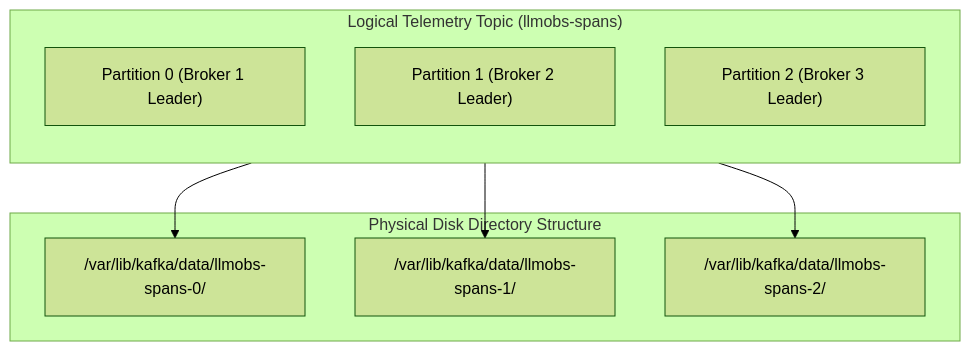
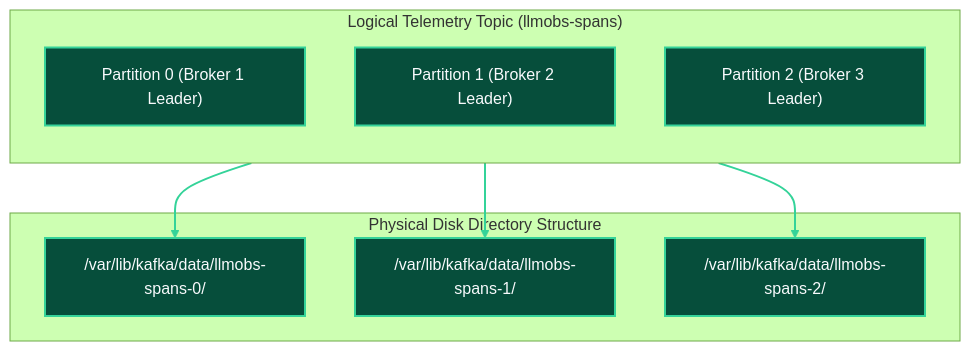
Before and after one commit to Chief-Strategist-J/llm-obs-infra: diagram 14 of 18 in docs/configDoc/kafka-configuration-guide.md, drawn with Mermaid (forest theme). The commit also changed other lines of this file, not shown here.

Commit message:
docs(kafka): reorder component sections to Code -> HLD -> LLD -> Parameters and apply custom color styling to all Mermaid diagrams

````diff
--- a/docs/configDoc/kafka-configuration-guide.md
+++ b/docs/configDoc/kafka-configuration-guide.md
@@ -1002,15 +1227,24 @@
 ```mermaid
 graph TD
     subgraph LogicalTopic ["Logical Telemetry Topic (llmobs-spans)"]
         direction TB
         P0["Partition 0 (Broker 1 Leader)"]
         P1["Partition 1 (Broker 2 Leader)"]
         P2["Partition 2 (Broker 3 Leader)"]
     end
 
     subgraph PhysicalDiskStorage ["Physical Disk Directory Structure"]
         P0 --> D0["/var/lib/kafka/data/llmobs-spans-0/"]
         P1 --> D1["/var/lib/kafka/data/llmobs-spans-1/"]
         P2 --> D2["/var/lib/kafka/data/llmobs-spans-2/"]
     end
+
+    style P0 fill:#064e3b,stroke:#34d399,stroke-width:2px,color:#f8fafc
+    style P1 fill:#064e3b,stroke:#34d399,stroke-width:2px,color:#f8fafc
+    style P2 fill:#064e3b,stroke:#34d399,stroke-width:2px,color:#f8fafc
+    style D0 fill:#064e3b,stroke:#34d399,stroke-width:2px,color:#f8fafc
+    style D1 fill:#064e3b,stroke:#34d399,stroke-width:2px,color:#f8fafc
+    style D2 fill:#064e3b,stroke:#34d399,stroke-width:2px,color:#f8fafc
+
+    linkStyle 0,1,2 stroke:#34d399,stroke-width:2px;
 ```
````
